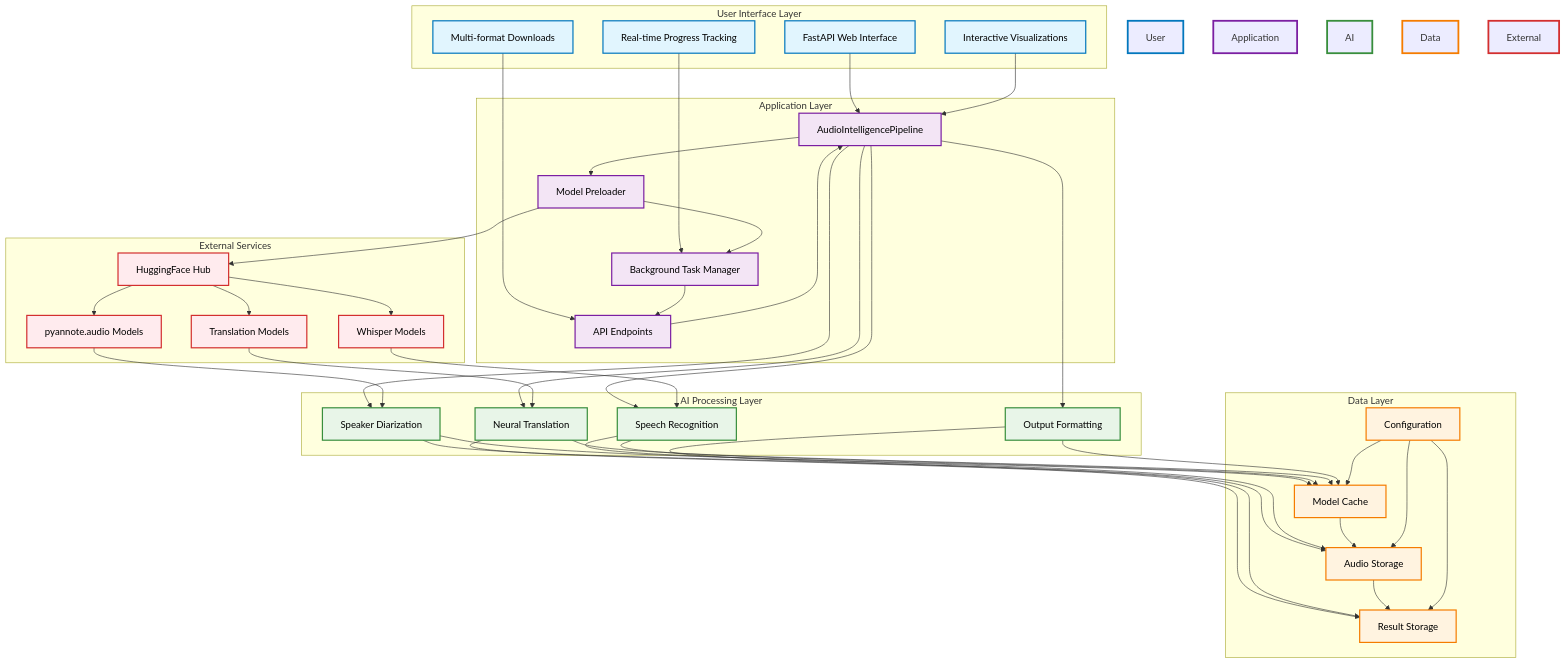
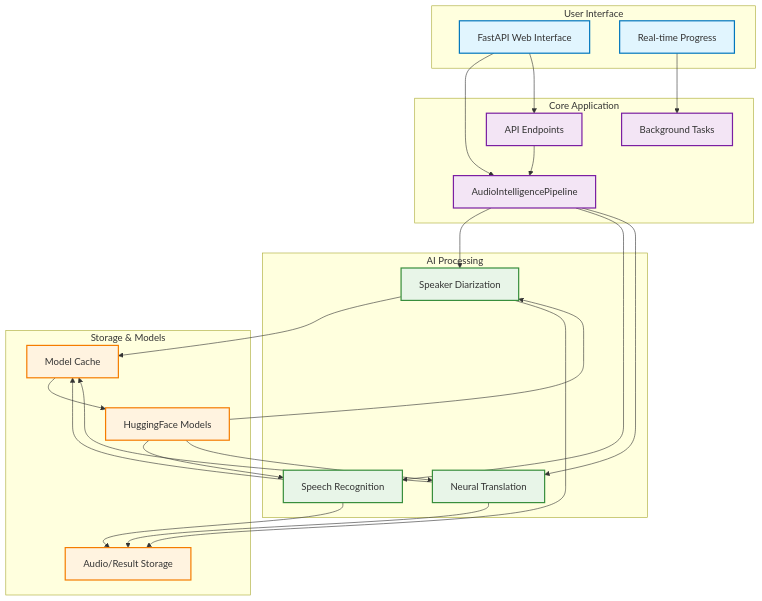
One commit to Prathameshv07/Multilingual-Audio-Intelligence-System changed the diagram in DOCUMENTATION.md. Above: the diagram before and after it, drawn with Mermaid.

````diff
--- a/DOCUMENTATION.md
+++ b/DOCUMENTATION.md
@@ -194,108 +194,59 @@
 ```mermaid
 graph TB
-    subgraph "User Interface Layer"
+    subgraph "User Interface"
         A[FastAPI Web Interface]
-        B[Interactive Visualizations]
-        C[Real-time Progress Tracking]
-        D[Multi-format Downloads]
+        B[Real-time Progress]
     end
     
-    subgraph "Application Layer"
-        E[AudioIntelligencePipeline]
-        F[Model Preloader]
-        G[Background Task Manager]
-        H[API Endpoints]
+    subgraph "Core Application"
+        C[AudioIntelligencePipeline]
+        D[Background Tasks]
+        E[API Endpoints]
     end
     
-    subgraph "AI Processing Layer"
-        I[Speaker Diarization]
-        J[Speech Recognition]
-        K[Neural Translation]
-        L[Output Formatting]
+    subgraph "AI Processing"
+        F[Speaker Diarization]
+        G[Speech Recognition]
+        H[Neural Translation]
     end
     
-    subgraph "Data Layer"
-        M[Model Cache]
-        N[Audio Storage]
-        O[Result Storage]
-        P[Configuration]
+    subgraph "Storage & Models"
+        I[Model Cache]
+        J[Audio/Result Storage]
+        K[HuggingFace Models]
     end
     
-    subgraph "External Services"
-        Q[HuggingFace Hub]
-        R[pyannote.audio Models]
-        S[Whisper Models]
-        T[Translation Models]
-    end
+    %% Main flow connections
+    A --> C
+    B --> D
+    A --> E
+    E --> C
     
-    %% UI Layer connections
-    A --> E
-    B --> E
+    C --> F
     C --> G
-    D --> H
+    C --> H
     
-    %% Application Layer internal connections
-    E --> F
-    F --> G
-    G --> H
-    H --> E
+    F --> I
+    G --> I
+    H --> I
     
-    %% Application to AI Processing connections
-    E --> I
-    E --> J
-    E --> K
-    E --> L
+    F --> J
+    G --> J
+    H --> J
     
-    %% AI Processing to Data Layer connections
-    I --> M
-    J --> M
-    K --> M
-    L --> M
-    I --> N
-    J --> N
-    K --> O
-    L --> O
+    I --> K
+    K --> F
+    K --> G
+    K --> H
     
-    %% Data Layer connections
-    M --> N
-    N --> O
-    P --> M
-    P --> N
-    P --> O
+    %% Styling
+    classDef ui fill:#e1f5fe,stroke:#0277bd,stroke-width:2px
+    classDef app fill:#f3e5f5,stroke:#7b1fa2,stroke-width:2px
+    classDef ai fill:#e8f5e8,stroke:#388e3c,stroke-width:2px
+    classDef storage fill:#fff3e0,stroke:#f57c00,stroke-width:2px
     
-    %% External Services connections
-    F --> Q
-    Q --> R
-    Q --> S
-    Q --> T
-    R --> I
-    S --> J
-    T --> K
-
-    %% Styling for User Interface Layer
-    classDef uiLayer fill:#e1f5fe,stroke:#0277bd,stroke-width:2px,color:#000
-    class A,B,C,D uiLayer
-
-    %% Styling for Application Layer
-    classDef appLayer fill:#f3e5f5,stroke:#7b1fa2,stroke-width:2px,color:#000
-    class E,F,G,H appLayer
-
-    %% Styling for AI Processing Layer
-    classDef aiLayer fill:#e8f5e8,stroke:#388e3c,stroke-width:2px,color:#000
-    class I,J,K,L aiLayer
-
-    %% Styling for Data Layer
-    classDef dataLayer fill:#fff3e0,stroke:#f57c00,stroke-width:2px,color:#000
-    class M,N,O,P dataLayer
-
-    %% Styling for External Services
-    classDef extLayer fill:#ffebee,stroke:#d32f2f,stroke-width:2px,color:#000
-    class Q,R,S,T extLayer
-
-    %% Subgraph styling
-    style User Interface Layer fill:#e1f5fe,stroke:#0277bd,stroke-width:3px
-    style Application Layer fill:#f3e5f5,stroke:#7b1fa2,stroke-width:3px
-    style AI Processing Layer fill:#e8f5e8,stroke:#388e3c,stroke-width:3px
-    style Data Layer fill:#fff3e0,stroke:#f57c00,stroke-width:3px
-    style External Services fill:#ffebee,stroke:#d32f2f,stroke-width:3px
+    class A,B ui
+    class C,D,E app
+    class F,G,H ai
+    class I,J,K storage
 ```
````
